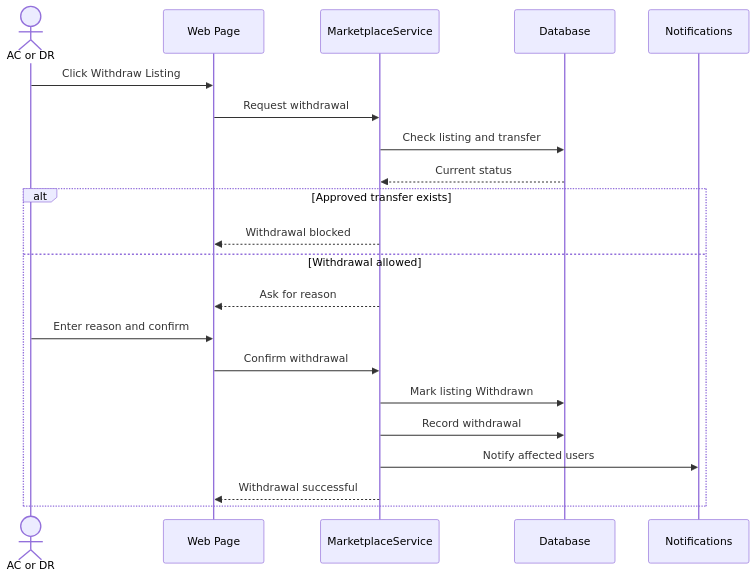
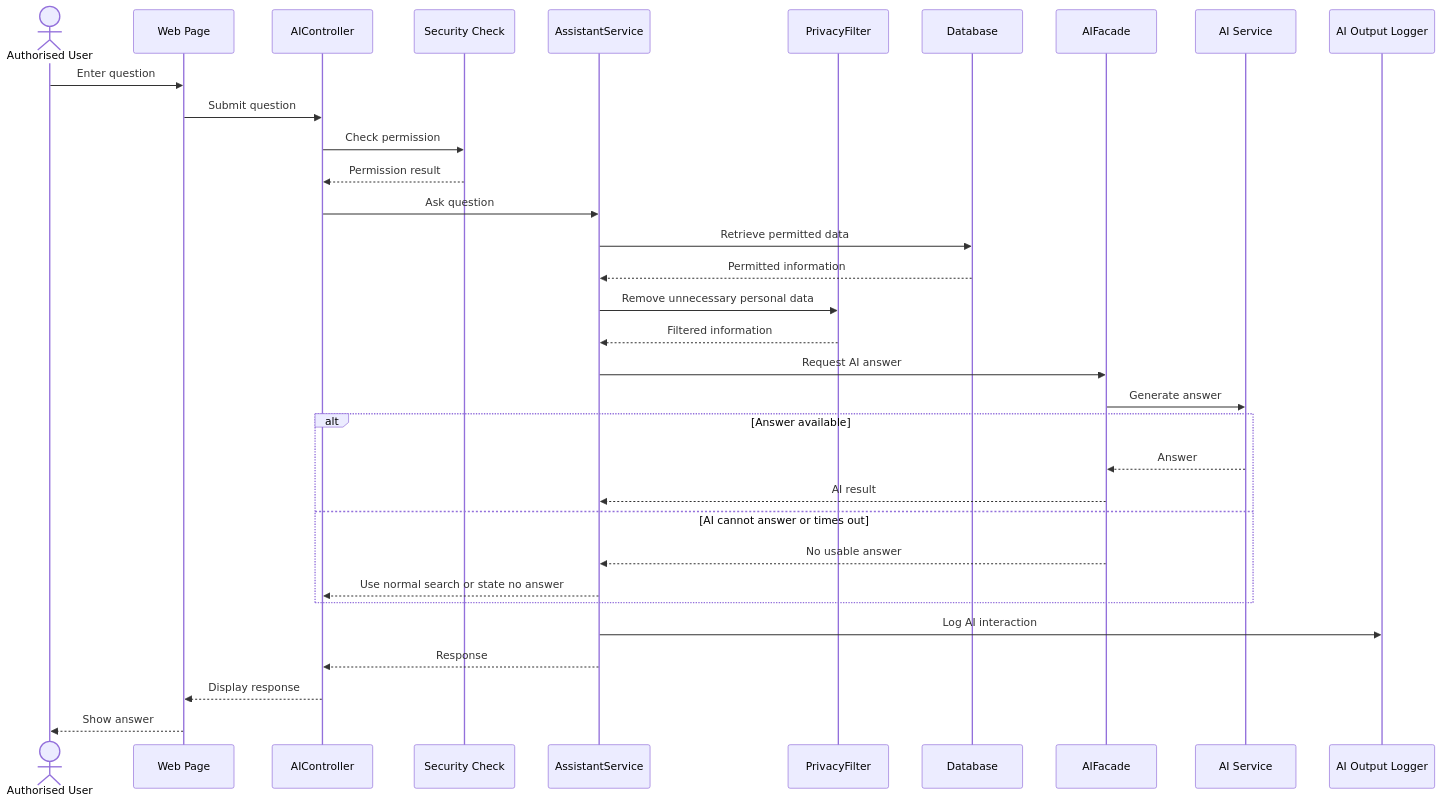
Before and after one commit to Abdulla66541/COSC336-GROUP5: the fourth of 10 diagrams in phase 4-5/01_part1_assets_marketplace_requests.md, drawn with Mermaid. The commit also changed other lines of this file, not shown here.

````diff
--- a/phase 4-5/01_part1_assets_marketplace_requests.md
+++ b/phase 4-5/01_part1_assets_marketplace_requests.md
@@ -188,25 +211,38 @@
 ```mermaid
 sequenceDiagram
-    actor U as AC or DR
+    actor U as Authorised User
     participant UI as Web Page
-    participant S as MarketplaceService
+    participant AIC as AIController
+    participant SEC as Security Check
+    participant AS as AssistantService
+    participant PF as PrivacyFilter
     participant DB as Database
-    participant N as Notifications
+    participant AF as AIFacade
+    participant AI as AI Service
+    participant LOG as AI Output Logger
 
-    U->>UI: Click Withdraw Listing
-    UI->>S: Request withdrawal
-    S->>DB: Check listing and transfer
-    DB-->>S: Current status
+    U->>UI: Enter question
+    UI->>AIC: Submit question
+    AIC->>SEC: Check permission
+    SEC-->>AIC: Permission result
+    AIC->>AS: Ask question
+    AS->>DB: Retrieve permitted data
+    DB-->>AS: Permitted information
+    AS->>PF: Remove unnecessary personal data
+    PF-->>AS: Filtered information
+    AS->>AF: Request AI answer
+    AF->>AI: Generate answer
 
-    alt Approved transfer exists
-        S-->>UI: Withdrawal blocked
-    else Withdrawal allowed
-        S-->>UI: Ask for reason
-        U->>UI: Enter reason and confirm
-        UI->>S: Confirm withdrawal
-        S->>DB: Mark listing Withdrawn
-        S->>DB: Record withdrawal
-        S->>N: Notify affected users
-        S-->>UI: Withdrawal successful
+    alt Answer available
+        AI-->>AF: Answer
+        AF-->>AS: AI result
+    else AI cannot answer or times out
+        AF-->>AS: No usable answer
+        AS-->>AIC: Use normal search or state no answer
     end
+
+    AS->>LOG: Log AI interaction
+    AS-->>AIC: Response
+    AIC-->>UI: Display response
+    UI-->>U: Show answer
 ```
````
